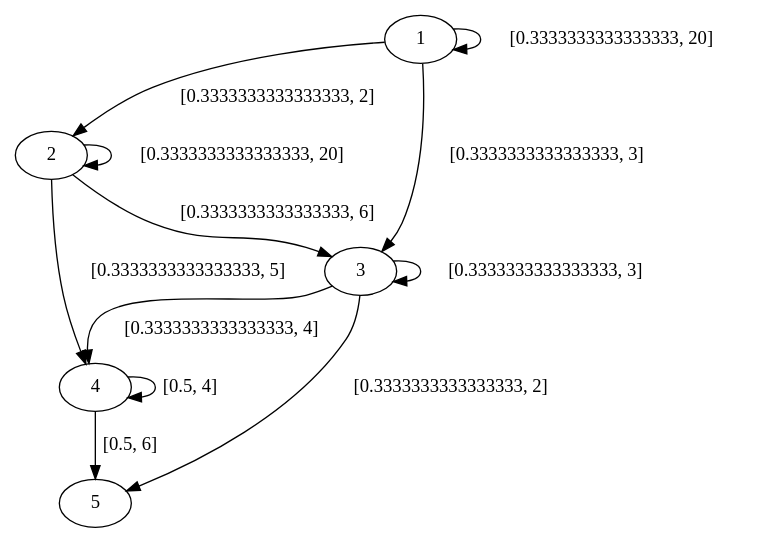
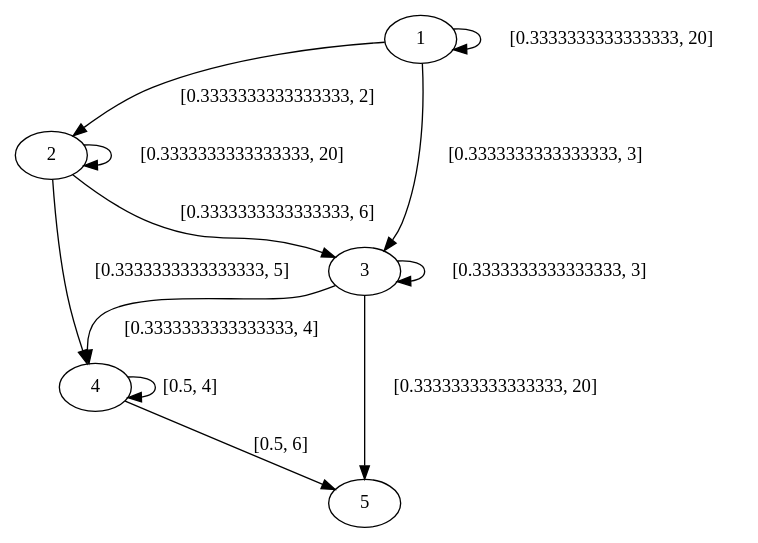
The diagram in graph.dot (GRazafyCourses/shortest_path_project), drawn with Graphviz before and after one commit. The commit also changed 3 other files, not shown here.

```diff
--- a/graph.dot
+++ b/graph.dot
@@ -1,35 +1,35 @@
 digraph "" {
 	1 -> 1	[key=0,
 		label="[0.3333333333333333, 20]",
 		weight=20];
 	1 -> 2	[key=0,
 		label="[0.3333333333333333, 2]",
 		weight=2];
 	1 -> 3	[key=0,
 		label="[0.3333333333333333, 3]",
 		weight=3];
 	2 -> 2	[key=0,
 		label="[0.3333333333333333, 20]",
 		weight=20];
 	2 -> 3	[key=0,
 		label="[0.3333333333333333, 6]",
 		weight=6];
 	2 -> 4	[key=0,
 		label="[0.3333333333333333, 5]",
 		weight=5];
 	3 -> 3	[key=0,
 		label="[0.3333333333333333, 3]",
 		weight=3];
 	3 -> 4	[key=0,
 		label="[0.3333333333333333, 4]",
 		weight=4];
 	3 -> 5	[key=0,
-		label="[0.3333333333333333, 2]",
-		weight=2];
+		label="[0.3333333333333333, 20]",
+		weight=20];
 	4 -> 4	[key=0,
 		label="[0.5, 4]",
 		weight=4];
 	4 -> 5	[key=0,
 		label="[0.5, 6]",
 		weight=6];
 }
```
